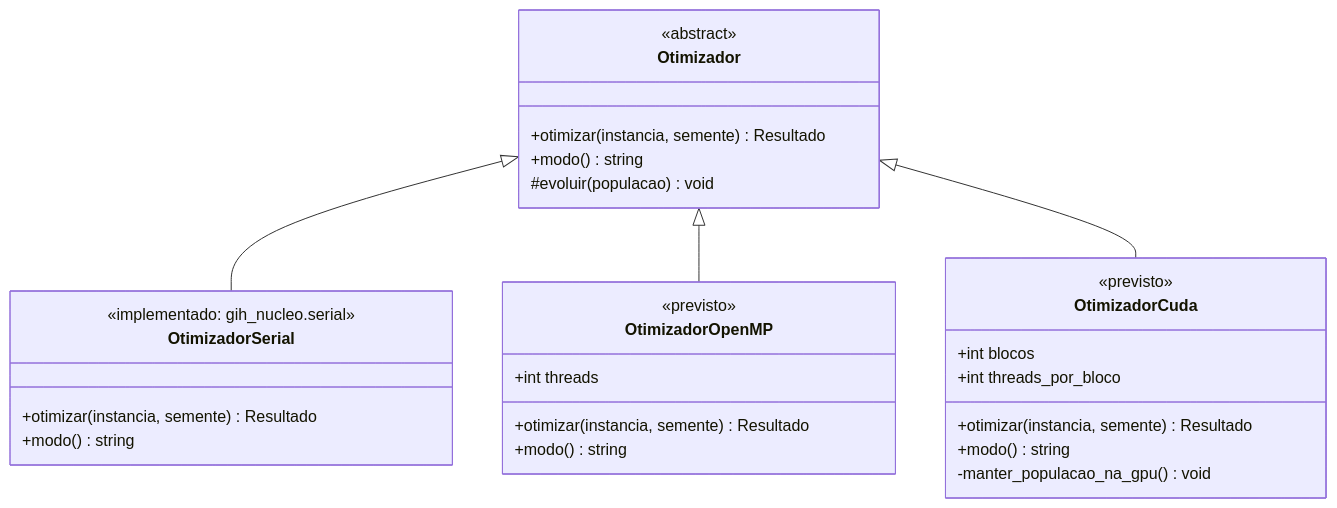
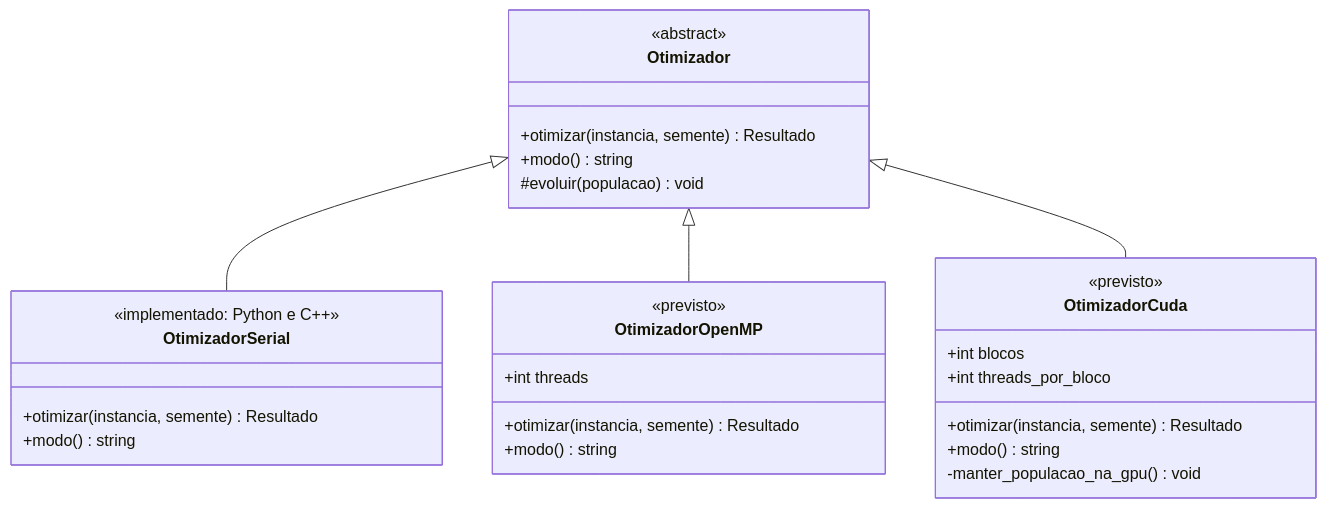
The eighth of 8 diagrams in docs/10-diagrama-de-classes.md (PedroMiranda243/gih-fabrica-de-software), drawn with Mermaid before and after one commit. The commit also changed other lines of this file and 2 other files, not shown here.

First line of the commit message:
docs: o C++ serial já é 76x o Python — o benchmark mostra as duas colunas

````diff
--- a/docs/10-diagrama-de-classes.md
+++ b/docs/10-diagrama-de-classes.md
@@ -620,37 +621,37 @@
 ```mermaid
 classDiagram
     direction TB
 
     class Otimizador {
         <<abstract>>
         +otimizar(instancia, semente) Resultado
         +modo() string
         #evoluir(populacao) void
     }
 
     class OtimizadorSerial {
-        <<implementado: gih_nucleo.serial>>
+        <<implementado: Python e C++>>
         +otimizar(instancia, semente) Resultado
         +modo() string
     }
 
     class OtimizadorOpenMP {
         <<previsto>>
         +int threads
         +otimizar(instancia, semente) Resultado
         +modo() string
     }
 
     class OtimizadorCuda {
         <<previsto>>
         +int blocos
         +int threads_por_bloco
         +otimizar(instancia, semente) Resultado
         +modo() string
         -manter_populacao_na_gpu() void
     }
 
     Otimizador <|-- OtimizadorSerial
     Otimizador <|-- OtimizadorOpenMP
     Otimizador <|-- OtimizadorCuda
 ```
````
